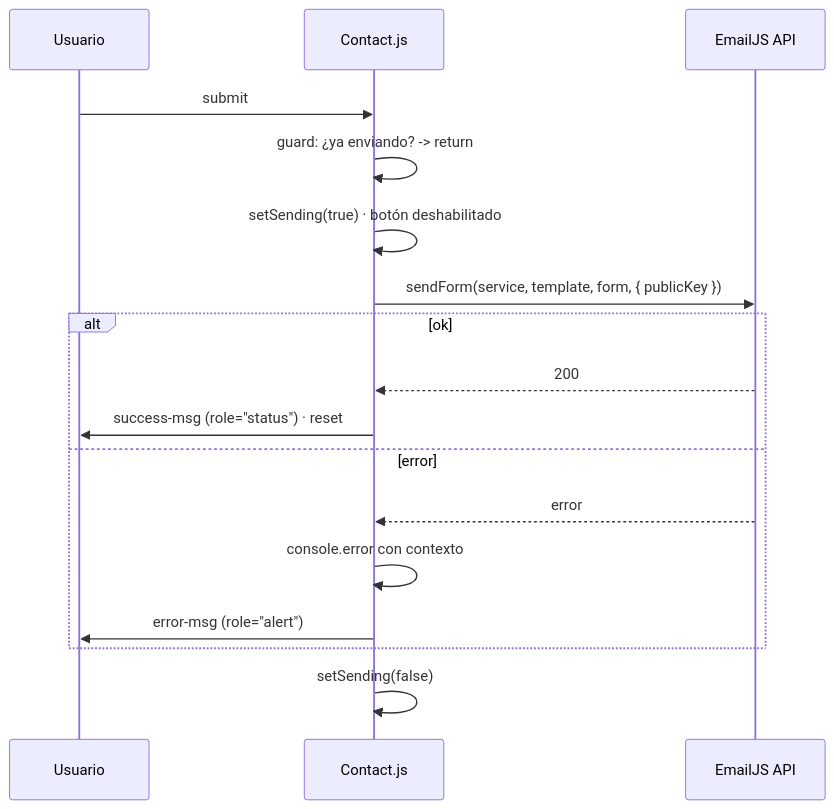
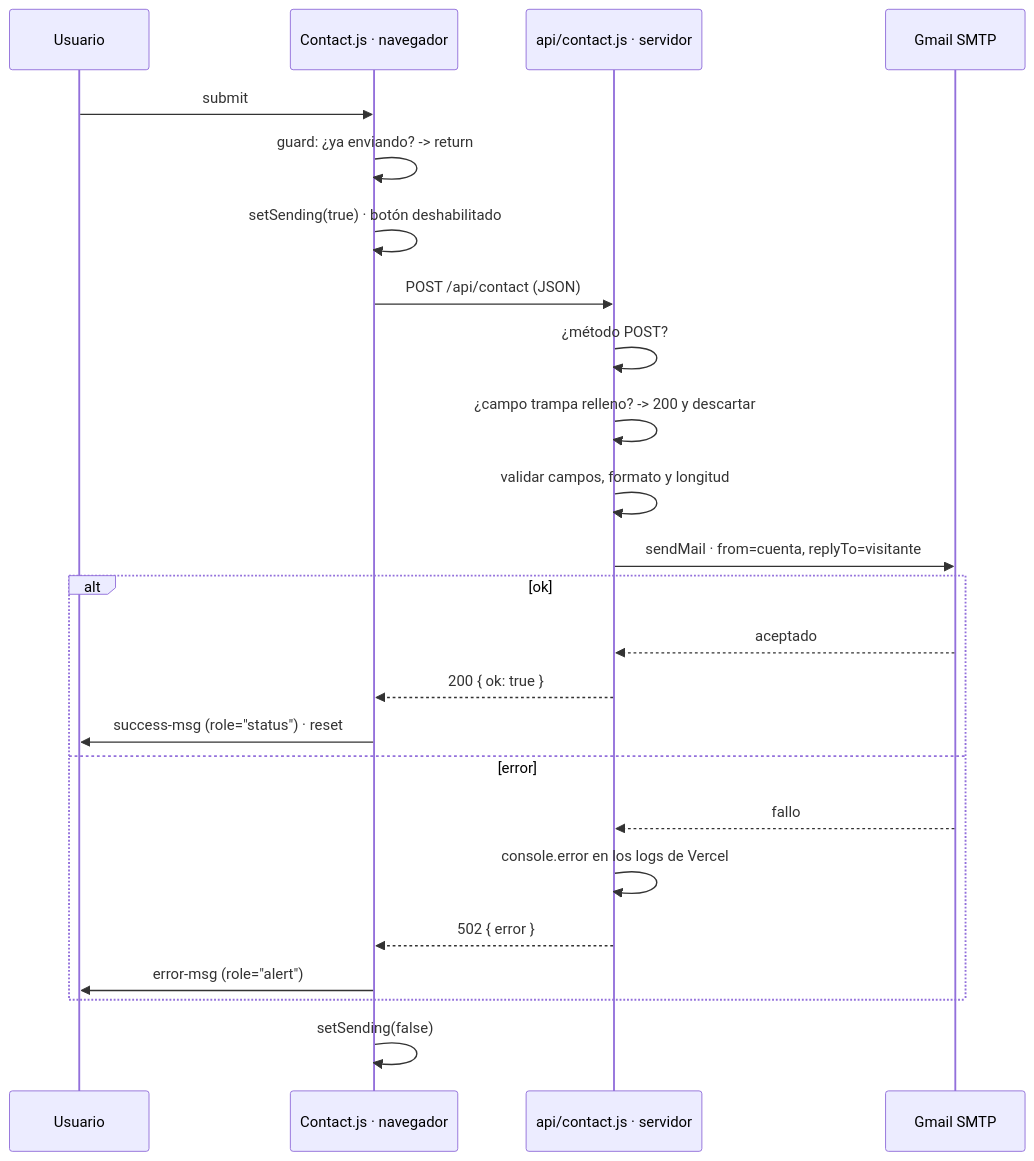
One commit to FernandoRoyano/portfolio changed the sixth of 7 diagrams in docs/ARCHITECTURE.md. Above: the diagram before and after it, drawn with Mermaid. The commit also changed other lines of this file and 8 other files, not shown here.

First line of the commit message:
feat(contact): sustituir EmailJS por una función serverless con Gmail

````diff
--- a/docs/ARCHITECTURE.md
+++ b/docs/ARCHITECTURE.md
@@ -249,20 +257,29 @@
 ```mermaid
 sequenceDiagram
   participant U as Usuario
-  participant F as Contact.js
-  participant E as EmailJS API
+  participant C as Contact.js · navegador
+  participant A as api/contact.js · servidor
+  participant G as Gmail SMTP
 
-  U->>F: submit
-  F->>F: guard: ¿ya enviando? -> return
-  F->>F: setSending(true) · botón deshabilitado
-  F->>E: sendForm(service, template, form, { publicKey })
+  U->>C: submit
+  C->>C: guard: ¿ya enviando? -> return
+  C->>C: setSending(true) · botón deshabilitado
+  C->>A: POST /api/contact (JSON)
+
+  A->>A: ¿método POST?
+  A->>A: ¿campo trampa relleno? -> 200 y descartar
+  A->>A: validar campos, formato y longitud
+  A->>G: sendMail · from=cuenta, replyTo=visitante
+
   alt ok
-    E-->>F: 200
-    F->>U: success-msg (role="status") · reset
+    G-->>A: aceptado
+    A-->>C: 200 { ok: true }
+    C->>U: success-msg (role="status") · reset
   else error
-    E-->>F: error
-    F->>F: console.error con contexto
-    F->>U: error-msg (role="alert")
+    G-->>A: fallo
+    A->>A: console.error en los logs de Vercel
+    A-->>C: 502 { error }
+    C->>U: error-msg (role="alert")
   end
-  F->>F: setSending(false)
+  C->>C: setSending(false)
 ```
````
